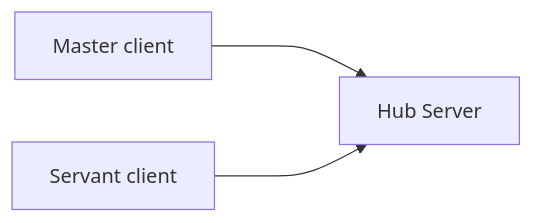
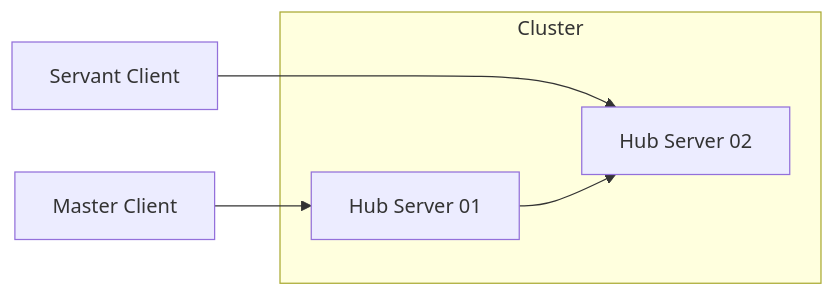
Before and after one commit to ysmood/dehub: the diagram in README.md, drawn with Mermaid. The commit also changed other lines of this file and 18 other files, not shown here.

````diff
--- a/README.md
+++ b/README.md
@@ -12,9 +12,14 @@
 ```mermaid
 flowchart LR
-    H[Hub Server]
-    M[Master client]
-    S[Servant client]
+    M[Master Client]
+    S[Servant Client]
 
-    M ---> H
-    S ---> H
+    subgraph Cluster
+        H1[Hub Server 01]
+        H2[Hub Server 02]
+    end
+
+    S ---> H2
+    M --> H1
+    H1 --> H2
 ```
````
